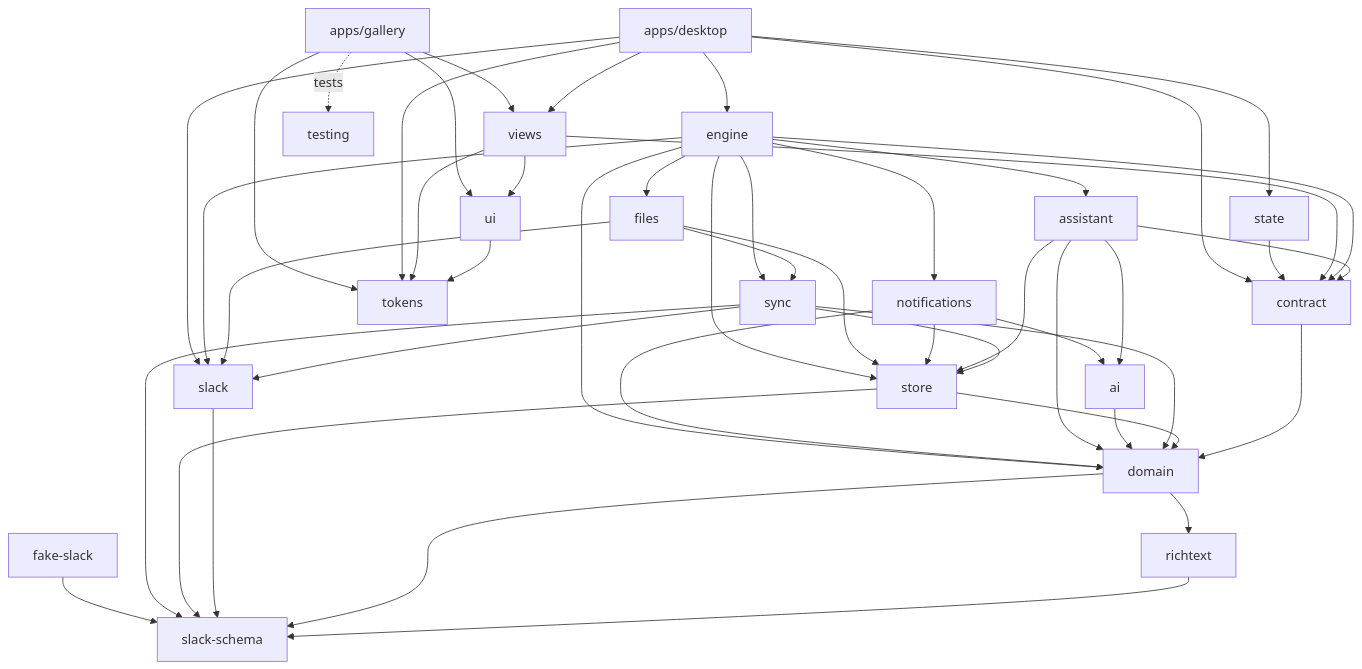
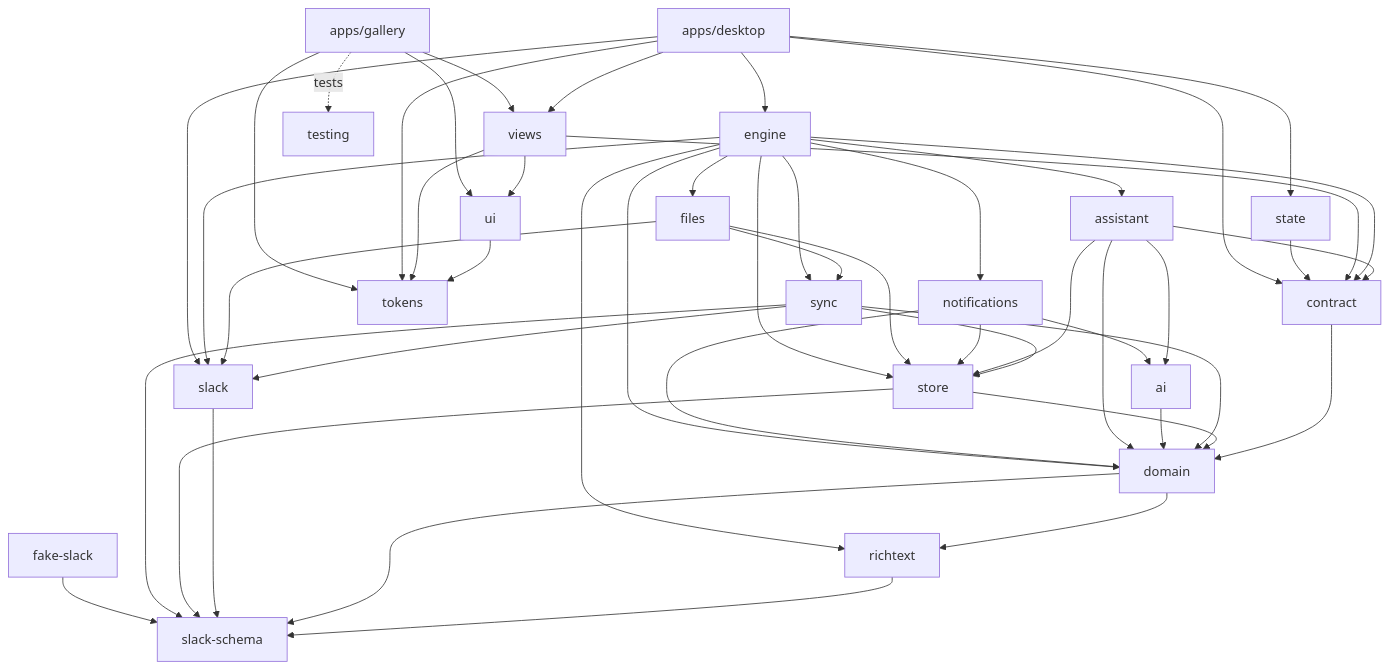
Before and after one commit to triptu/juno: the second of 2 diagrams in docs/architecture.md, drawn with Mermaid. The commit also changed 10 other files, not shown here.

````diff
--- a/docs/architecture.md
+++ b/docs/architecture.md
@@ -108,23 +108,23 @@
 ```mermaid
 flowchart TD
   slack_schema[slack-schema]
   richtext --> slack_schema
   domain --> richtext & slack_schema
   contract --> domain
   slack --> slack_schema
   store --> domain & slack_schema
   sync --> slack & store & domain & slack_schema
   ai --> domain
   assistant --> ai & store & domain & contract
   notifications --> store & domain & ai
   files --> slack & store & sync
-  engine --> contract & sync & store & domain & assistant & notifications & files & slack
+  engine --> contract & sync & store & domain & richtext & assistant & notifications & files & slack
   fake_slack[fake-slack] --> slack_schema
   tokens
   ui --> tokens
   views --> ui & tokens & contract
   state --> contract
   desktop[apps/desktop] --> engine & state & views & contract & tokens & slack
   gallery[apps/gallery] --> views & ui & tokens
   gallery -.tests.-> testing[testing]
 ```
````
